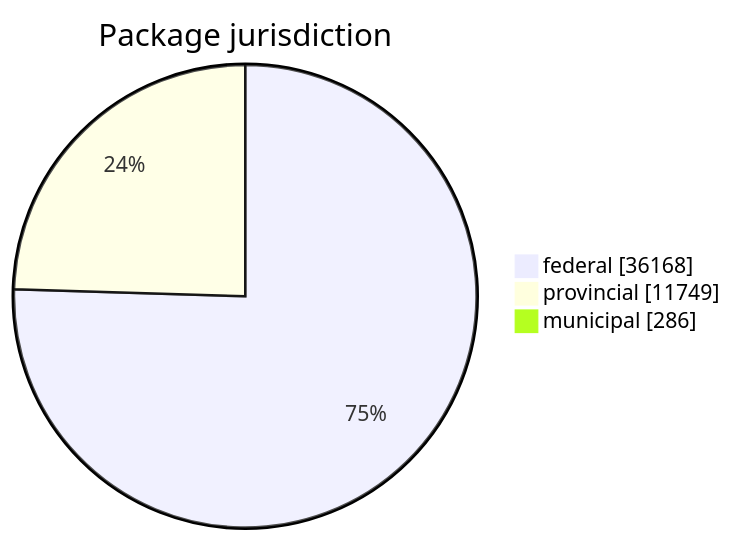
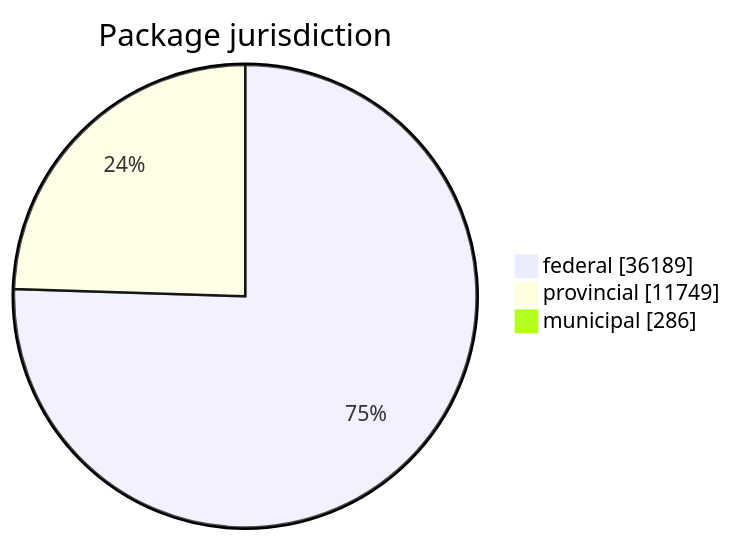
Before and after one commit to open-data/analytics-corporate-reporting: the first of 5 diagrams in FreshCheck/README.md, drawn with Mermaid. The commit also changed other lines of this file and 3 other files, not shown here.

````diff
--- a/FreshCheck/README.md
+++ b/FreshCheck/README.md
@@ -60,6 +60,6 @@
 ```mermaid
 pie showData title Package jurisdiction
-    "federal": 36168
+    "federal": 36189
     "provincial": 11749
     "municipal": 286
 ```
````
